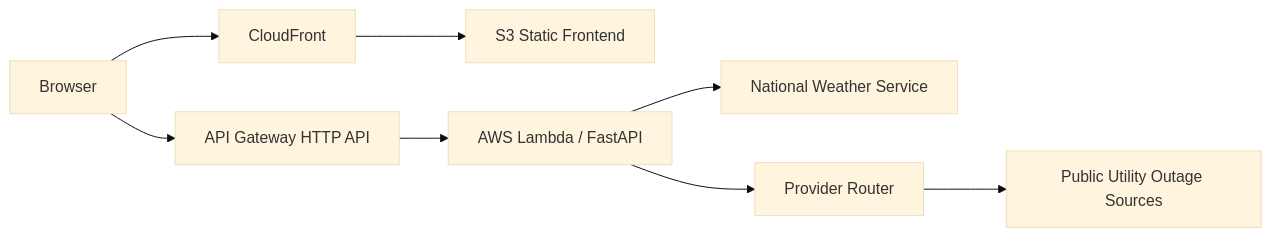
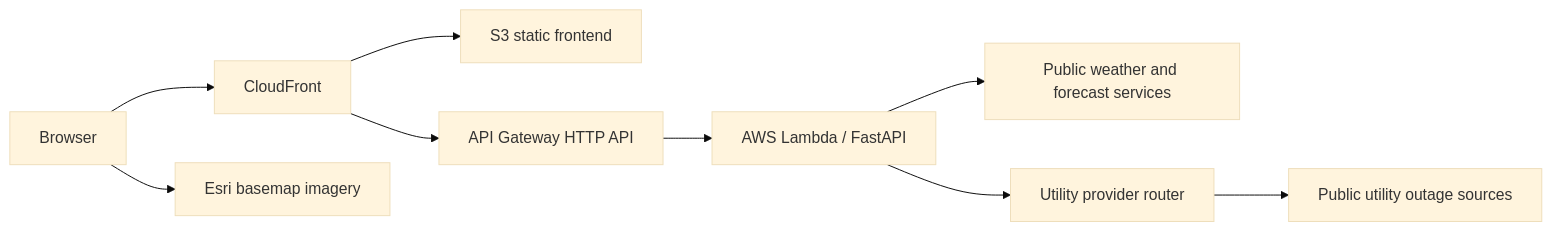
The diagram in README.md (AndrewDeFever/Weather-and-Power-App), drawn with Mermaid (base theme) before and after one commit. The commit also changed other lines of this file, not shown here.

````diff
--- a/README.md
+++ b/README.md
@@ -57,10 +79,14 @@
 ```mermaid
 flowchart LR
     U[Browser] --> CF[CloudFront]
-    CF --> S3[S3 Static Frontend]
-    U --> APIGW[API Gateway HTTP API]
-    APIGW --> L[AWS Lambda / FastAPI]
-    L --> NWS[National Weather Service]
-    L --> R[Provider Router]
-    R --> P[Public Utility Outage Sources]
+
+    CF --> S3[S3 static frontend]
+    CF --> API[API Gateway HTTP API]
+    API --> L[AWS Lambda / FastAPI]
+
+    U --> ESRI[Esri basemap imagery]
+
+    L --> WX[Public weather and forecast services]
+    L --> R[Utility provider router]
+    R --> P[Public utility outage sources]
 ```
````
